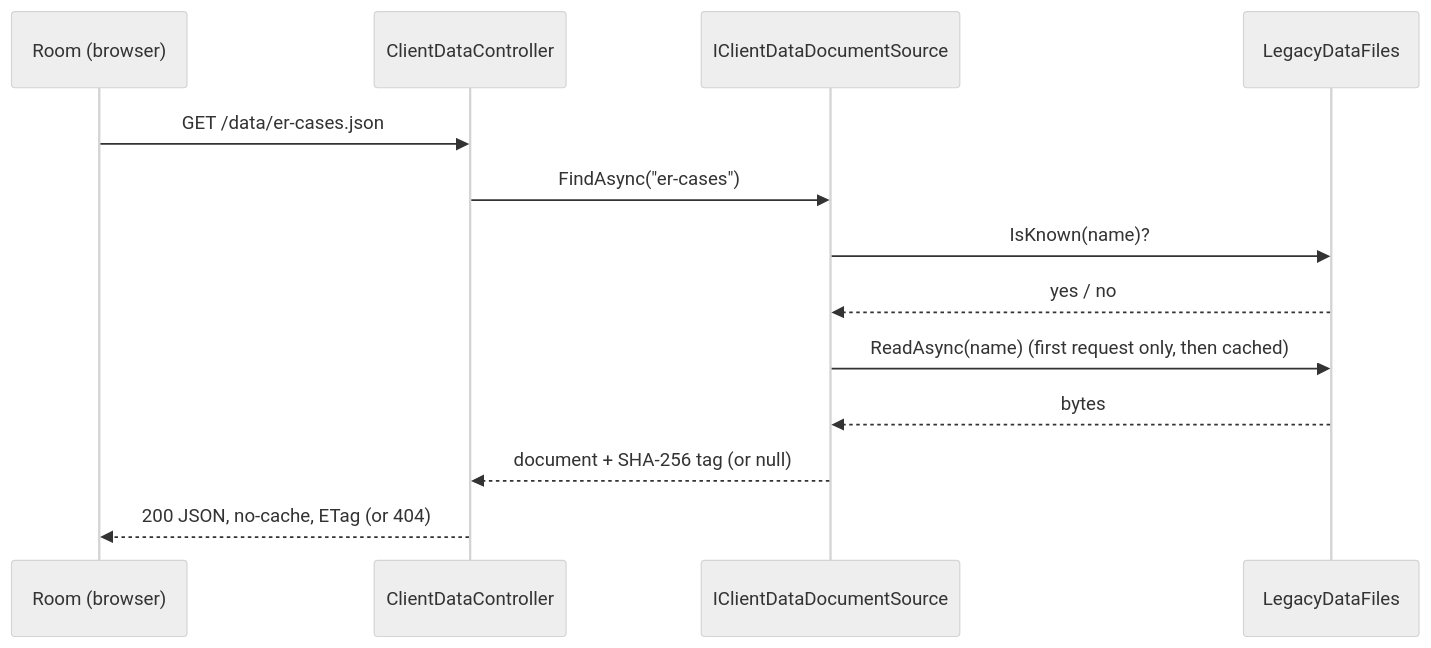
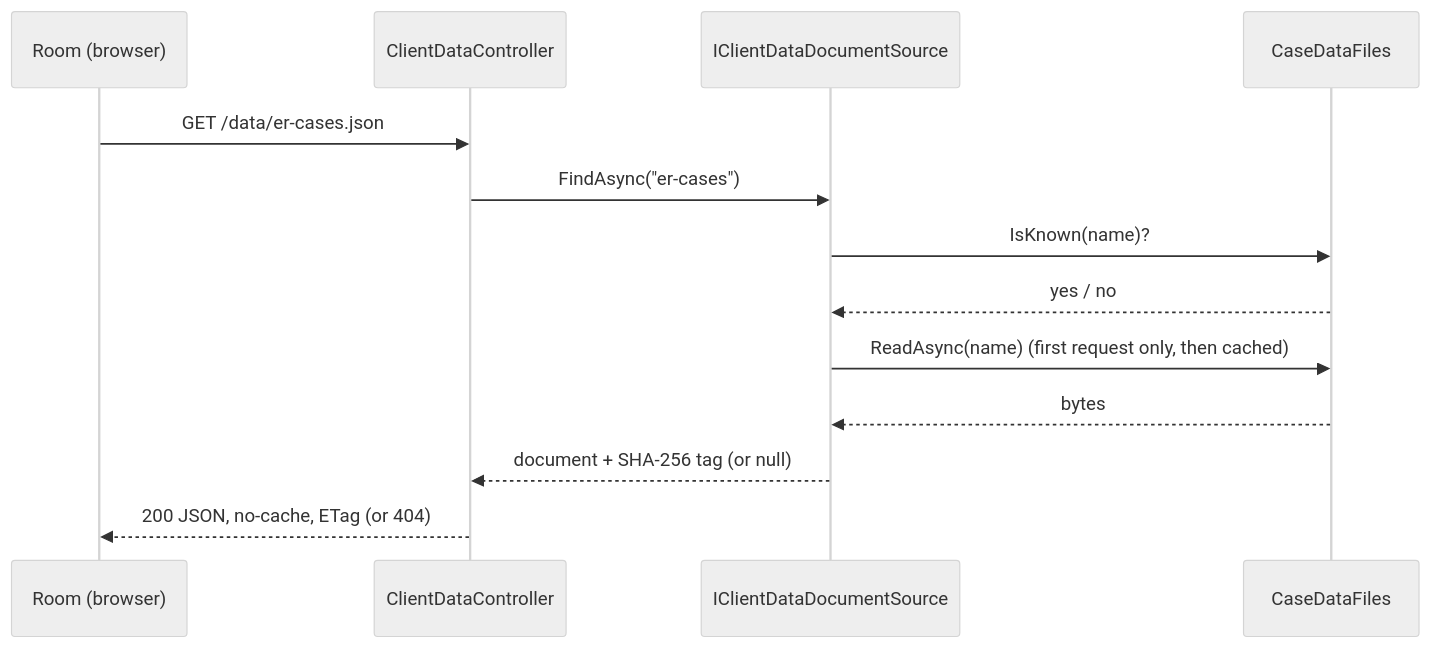
One commit to hbaddad9-star/nabd5 changed the first of 4 diagrams in docs/workflows.md. Above: the diagram before and after it, drawn with Mermaid (neutral theme). The commit also changed other lines of this file and 480 other files, not shown here.

````diff
--- a/docs/workflows.md
+++ b/docs/workflows.md
@@ -169,15 +69,15 @@
 ```mermaid
 sequenceDiagram
     participant R as Room (browser)
     participant D as ClientDataController
     participant I as IClientDataDocumentSource
-    participant F as LegacyDataFiles
+    participant F as CaseDataFiles
     R->>D: GET /data/er-cases.json
     D->>I: FindAsync("er-cases")
     I->>F: IsKnown(name)?
     F-->>I: yes / no
     I->>F: ReadAsync(name) (first request only, then cached)
     F-->>I: bytes
     I-->>D: document + SHA-256 tag (or null)
     D-->>R: 200 JSON, no-cache, ETag  (or 404)
 ```
````
